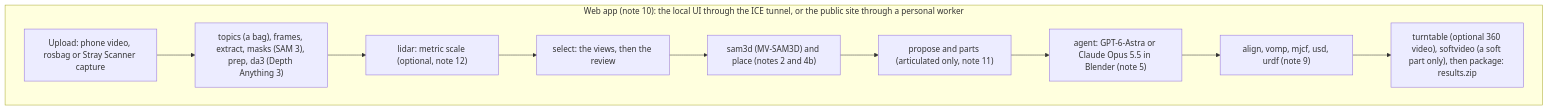
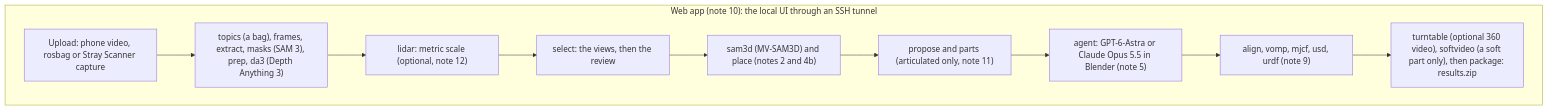
Before and after one commit to lunarlab-gatech/HARPOR: the diagram in docs/build_plan.md, drawn with Mermaid. The commit also changed other lines of this file and 59 other files, not shown here.

Commit message:
removed web app bloat

````diff
--- a/docs/build_plan.md
+++ b/docs/build_plan.md
@@ -66,15 +64,15 @@
 ```mermaid
 flowchart TB
-  subgraph WEB["Web app (note 10): the local UI through the ICE tunnel, or the public site through a personal worker"]
+  subgraph WEB["Web app (note 10): the local UI through an SSH tunnel"]
     input["Upload: phone video, rosbag or Stray Scanner capture"]
     analyze["topics (a bag), frames, extract, masks (SAM 3), prep, da3 (Depth Anything 3)"]
     lidar["lidar: metric scale (optional, note 12)"]
     select["select: the views, then the review"]
     stageA["sam3d (MV-SAM3D) and place (notes 2 and 4b)"]
     parts["propose and parts (articulated only, note 11)"]
     agent["agent: GPT-6-Astra or Claude Opus 5.5 in Blender (note 5)"]
     physics["align, vomp, mjcf, usd, urdf (note 9)"]
     package["turntable (optional 360 video), softvideo (a soft part only), then package: results.zip"]
   end
   input --> analyze --> lidar --> select --> stageA --> parts --> agent --> physics --> package
 ```
````
